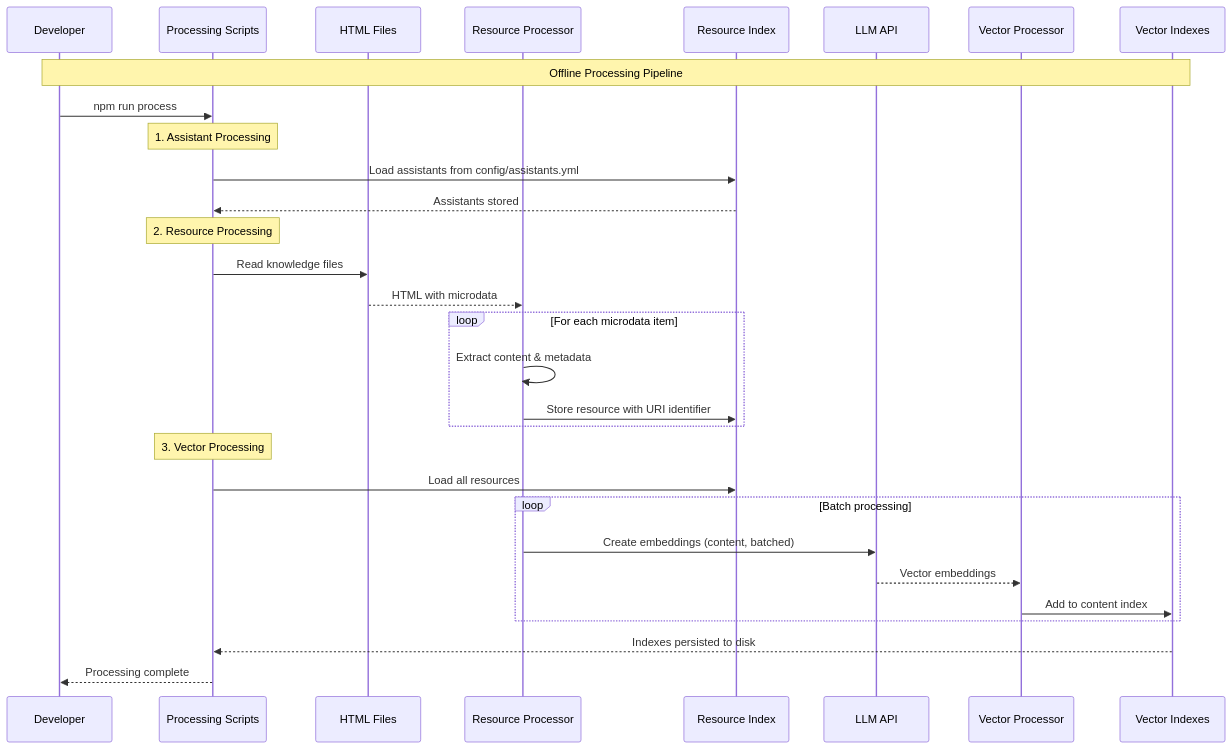
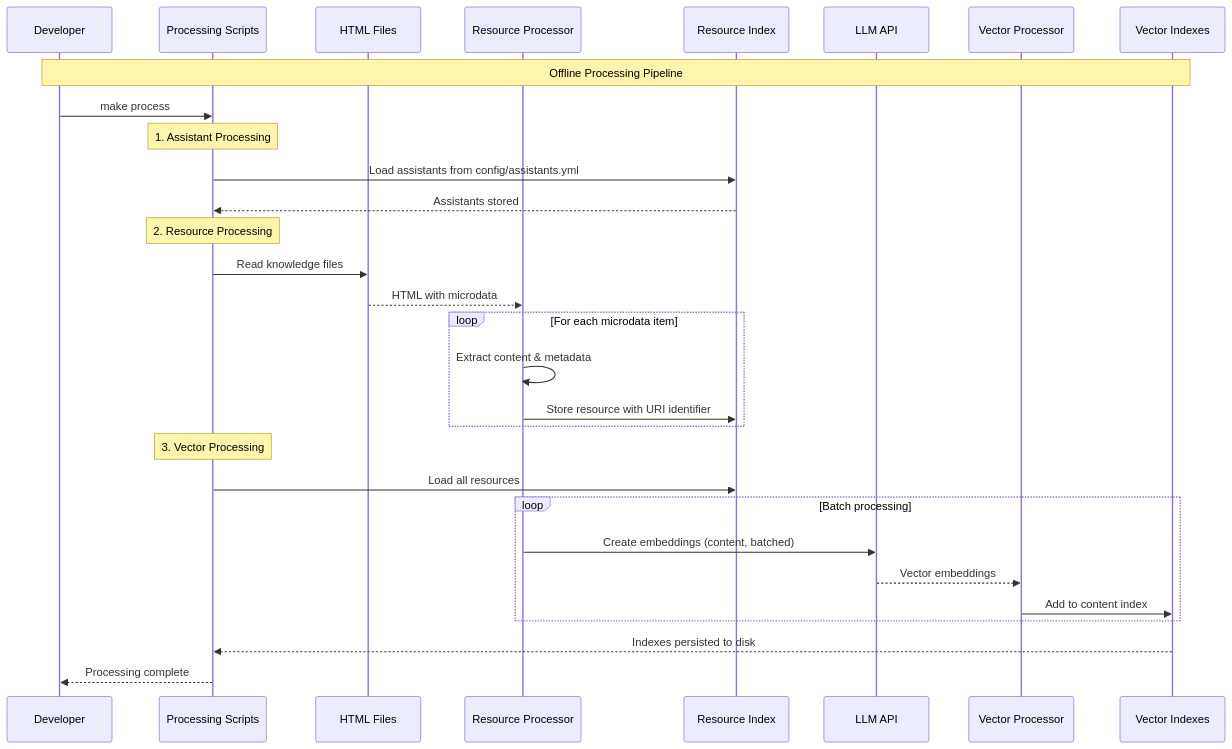
The second of 3 diagrams in docs/architecture.md (copilot-ld/copilot-ld), drawn with Mermaid before and after one commit. The commit also changed other lines of this file and 18 other files, not shown here.

````diff
--- a/docs/architecture.md
+++ b/docs/architecture.md
@@ -175,40 +175,40 @@
 ```mermaid
 sequenceDiagram
     participant Dev as Developer
     participant Scripts as Processing Scripts
     participant HTML as HTML Files
     participant ResourceProc as Resource Processor
     participant ResourceIndex as Resource Index
     participant LLM as LLM API
     participant VectorProc as Vector Processor
     participant VectorIndex as Vector Indexes
 
     Note over Dev,VectorIndex: Offline Processing Pipeline
 
-    Dev->>Scripts: npm run process
+    Dev->>Scripts: make process
 
     Note over Scripts: 1. Assistant Processing
     Scripts->>ResourceIndex: Load assistants from config/assistants.yml
     ResourceIndex-->>Scripts: Assistants stored
 
     Note over Scripts: 2. Resource Processing
     Scripts->>HTML: Read knowledge files
     HTML-->>ResourceProc: HTML with microdata
 
     loop For each microdata item
         ResourceProc->>ResourceProc: Extract content & metadata
         ResourceProc->>ResourceIndex: Store resource with URI identifier
     end
 
     Note over Scripts: 3. Vector Processing
     Scripts->>ResourceIndex: Load all resources
 
     loop Batch processing
         ResourceProc->>LLM: Create embeddings (content, batched)
         LLM-->>VectorProc: Vector embeddings
         VectorProc->>VectorIndex: Add to content index
     end
 
     VectorIndex-->>Scripts: Indexes persisted to disk
     Scripts-->>Dev: Processing complete
 ```
````
